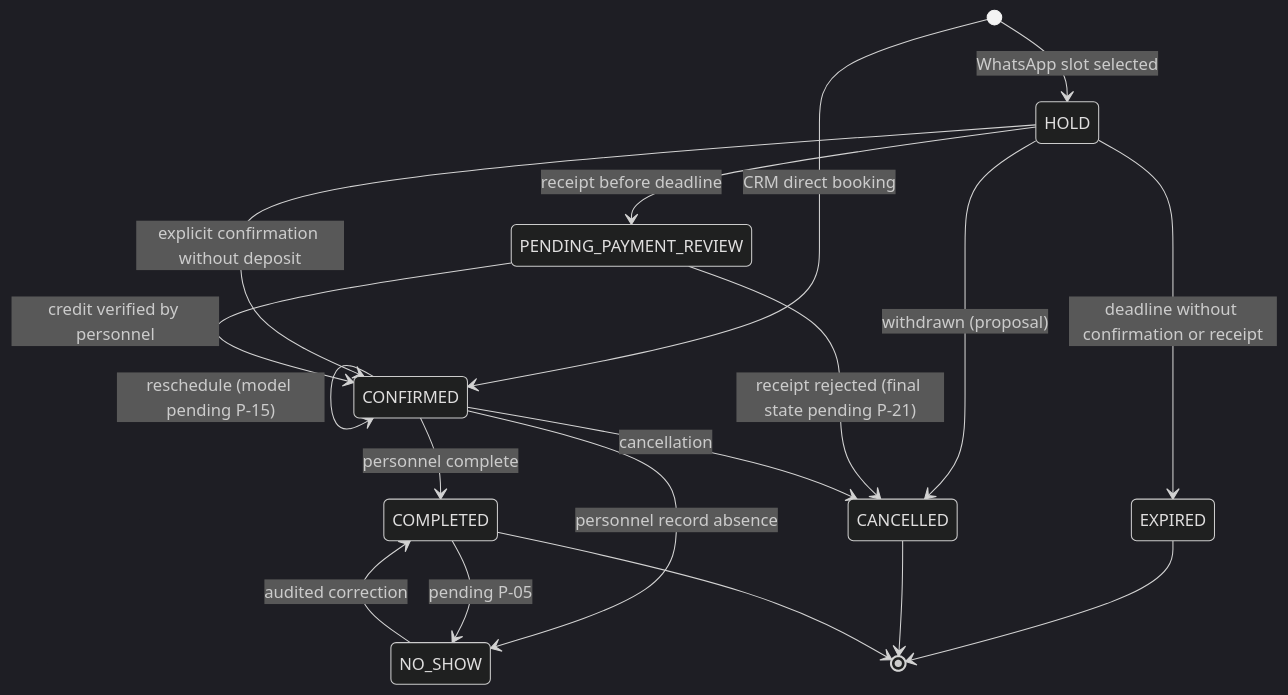
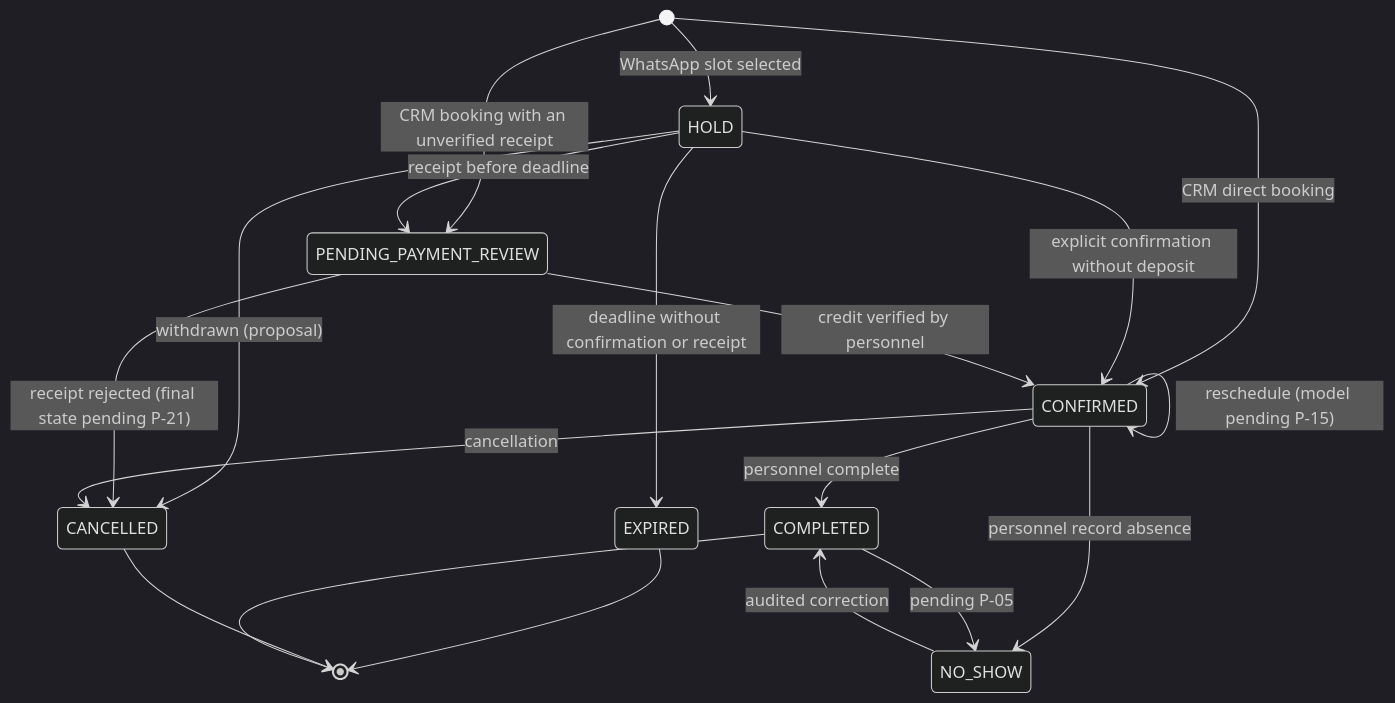
The first of 2 diagrams in docs/product-specs/uc-03/invariants.md (nanonoir/Agendoxa), drawn with Mermaid (dark theme) before and after one commit. The commit also changed other lines of this file and 1 other file, not shown here.

````diff
--- a/docs/product-specs/uc-03/invariants.md
+++ b/docs/product-specs/uc-03/invariants.md
@@ -44,20 +44,21 @@
 ```mermaid
 stateDiagram-v2
     [*] --> HOLD: WhatsApp slot selected
     [*] --> CONFIRMED: CRM direct booking
+    [*] --> PENDING_PAYMENT_REVIEW: CRM booking with an unverified receipt
     HOLD --> CONFIRMED: explicit confirmation without deposit
     HOLD --> PENDING_PAYMENT_REVIEW: receipt before deadline
     HOLD --> EXPIRED: deadline without confirmation or receipt
     HOLD --> CANCELLED: withdrawn (proposal)
     PENDING_PAYMENT_REVIEW --> CONFIRMED: credit verified by personnel
     PENDING_PAYMENT_REVIEW --> CANCELLED: receipt rejected (final state pending P-21)
     CONFIRMED --> CONFIRMED: reschedule (model pending P-15)
     CONFIRMED --> CANCELLED: cancellation
     CONFIRMED --> COMPLETED: personnel complete
     CONFIRMED --> NO_SHOW: personnel record absence
     NO_SHOW --> COMPLETED: audited correction
     COMPLETED --> NO_SHOW: pending P-05
     EXPIRED --> [*]
     CANCELLED --> [*]
     COMPLETED --> [*]
 ```
````
